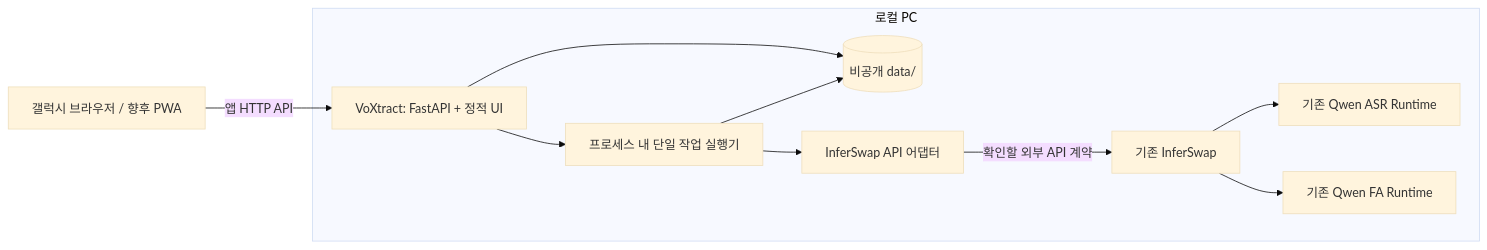
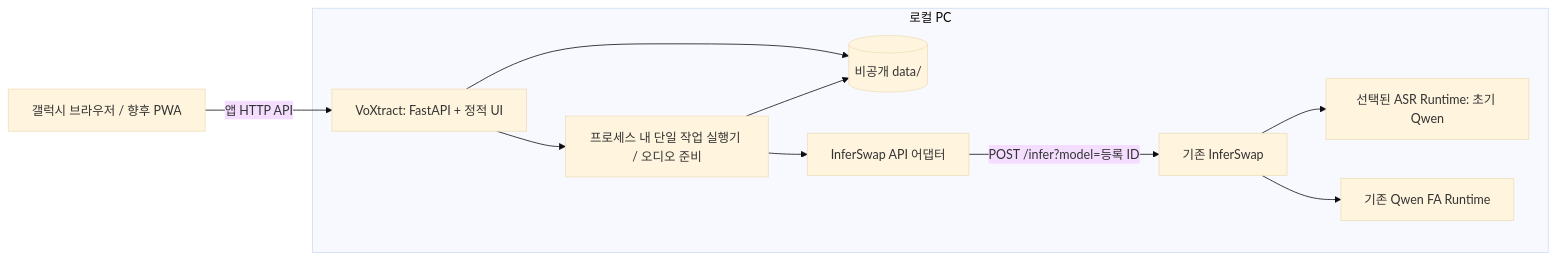
The diagram in docs/architecture.md (kilingki/VoXtract), drawn with Mermaid (base theme) before and after one commit. The commit also changed other lines of this file and 5 other files, not shown here.

````diff
--- a/docs/architecture.md
+++ b/docs/architecture.md
@@ -7,21 +7,21 @@
 ```mermaid
 flowchart LR
     Phone["갤럭시 브라우저 / 향후 PWA"]
     subgraph PC["로컬 PC"]
         App["VoXtract: FastAPI + 정적 UI"]
-        Worker["프로세스 내 단일 작업 실행기"]
+        Worker["프로세스 내 단일 작업 실행기 / 오디오 준비"]
         Files[("비공개 data/")]
         Adapter["InferSwap API 어댑터"]
         InferSwap["기존 InferSwap"]
-        ASR["기존 Qwen ASR Runtime"]
+        ASR["선택된 ASR Runtime: 초기 Qwen"]
         FA["기존 Qwen FA Runtime"]
     end
     Phone -->|"앱 HTTP API"| App
     App --> Files
     App --> Worker
     Worker --> Files
     Worker --> Adapter
-    Adapter -->|"확인할 외부 API 계약"| InferSwap
+    Adapter -->|"POST /infer?model=등록 ID"| InferSwap
     InferSwap --> ASR
     InferSwap --> FA
 ```
````
